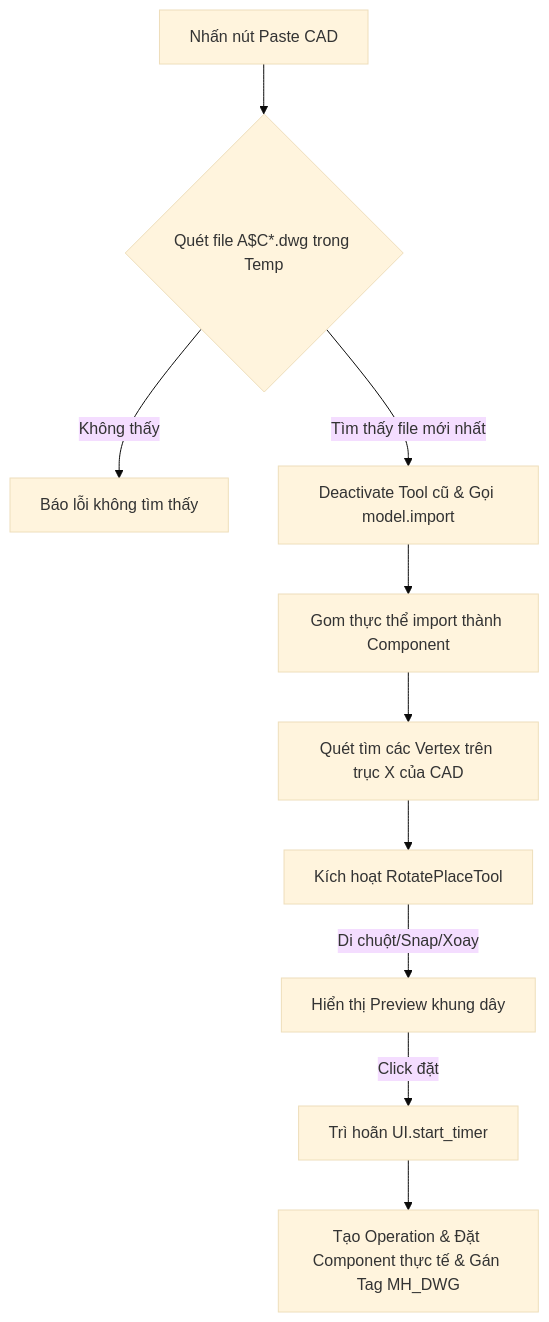
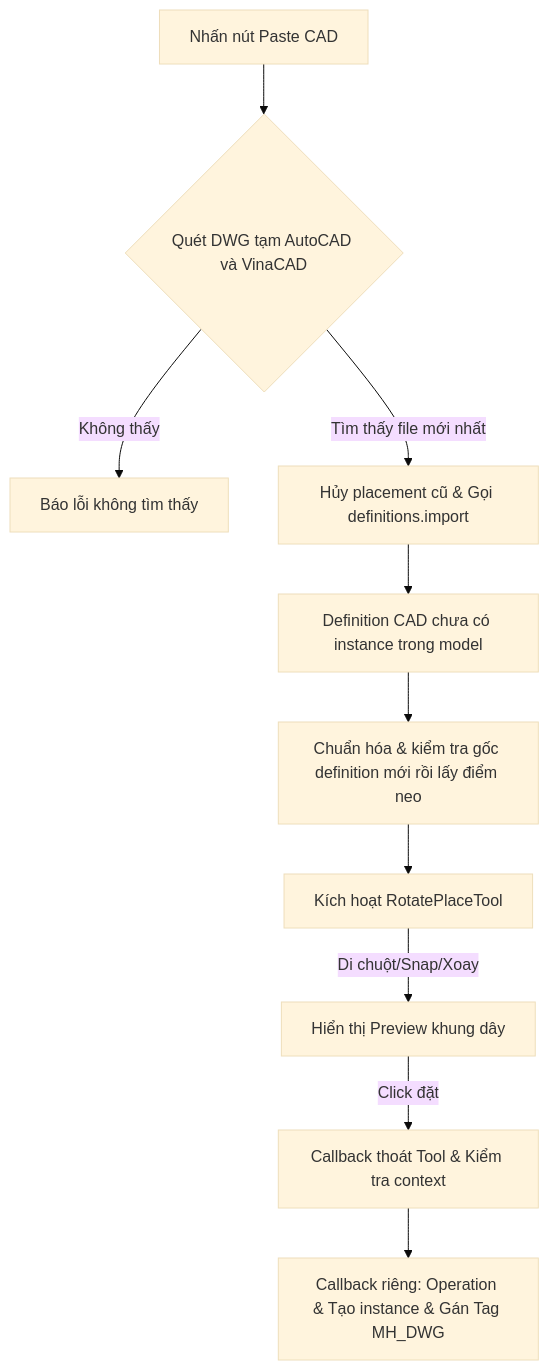
Before and after one commit to kt3xhomeeco-sketch/MH: the diagram in MH_DWG/README.md, drawn with Mermaid (base theme). The commit also changed other lines of this file and 3 other files, not shown here.

Commit message:
fix(mh-dwg): use stable native mouse-follow CAD placement

````diff
--- a/MH_DWG/README.md
+++ b/MH_DWG/README.md
@@ -51,12 +67,12 @@
 ```mermaid
 graph TD
-    A[Nhấn nút Paste CAD] --> B{Quét file A$C*.dwg trong Temp}
+    A[Nhấn nút Paste CAD] --> B{Quét DWG tạm AutoCAD và VinaCAD}
     B -->|Không thấy| C[Báo lỗi không tìm thấy]
-    B -->|Tìm thấy file mới nhất| D[Deactivate Tool cũ & Gọi model.import]
-    D --> E[Gom thực thể import thành Component]
-    E --> F[Quét tìm các Vertex trên trục X của CAD]
+    B -->|Tìm thấy file mới nhất| D[Hủy placement cũ & Gọi definitions.import]
+    D --> E[Definition CAD chưa có instance trong model]
+    E --> F[Chuẩn hóa & kiểm tra gốc definition mới rồi lấy điểm neo]
     F --> G[Kích hoạt RotatePlaceTool]
     G -->|Di chuột/Snap/Xoay| H[Hiển thị Preview khung dây]
-    H -->|Click đặt| I[Trì hoãn UI.start_timer]
-    I --> J[Tạo Operation & Đặt Component thực tế & Gán Tag MH_DWG]
+    H -->|Click đặt| I[Callback thoát Tool & Kiểm tra context]
+    I --> J[Callback riêng: Operation & Tạo instance & Gán Tag MH_DWG]
 ```
````
